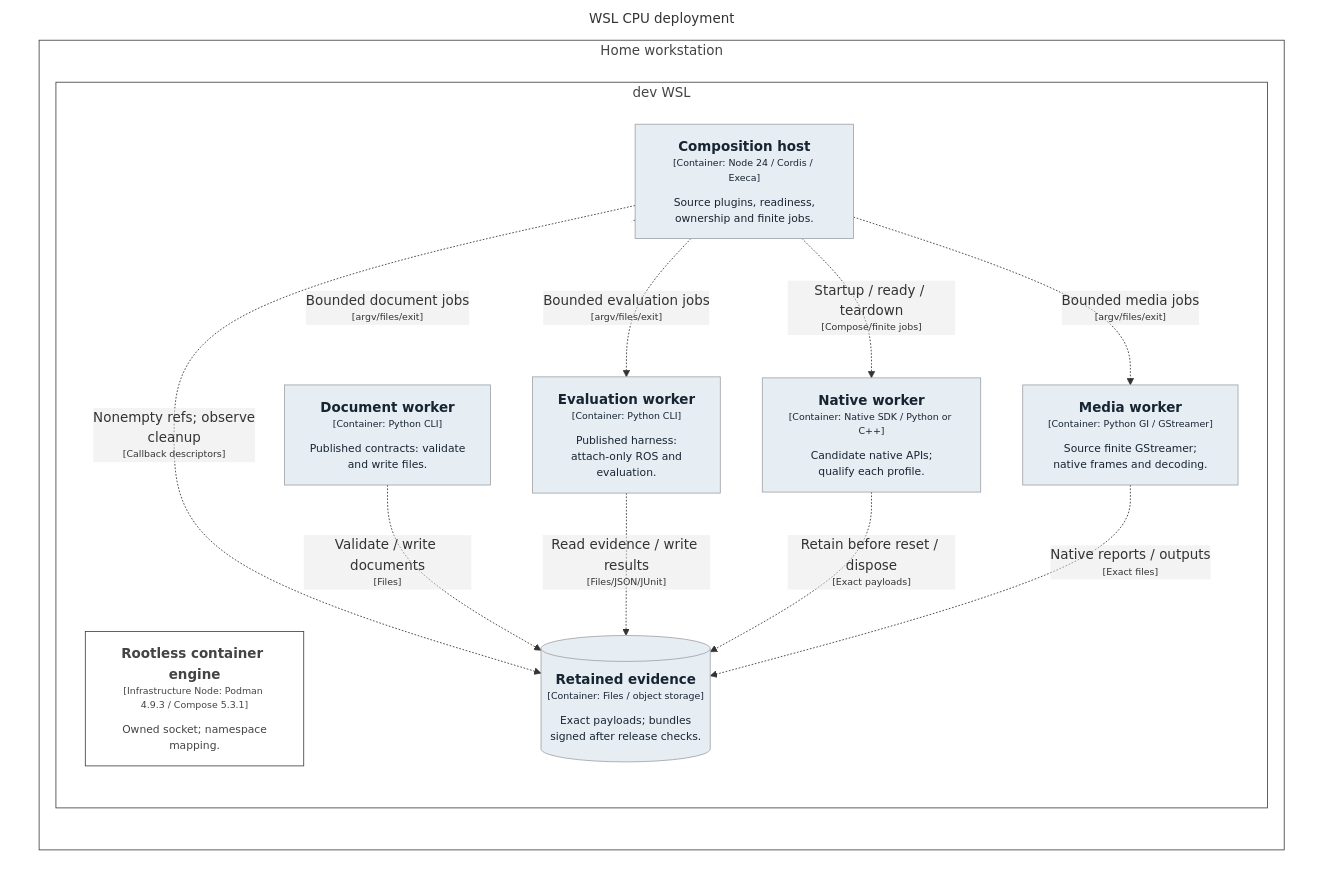
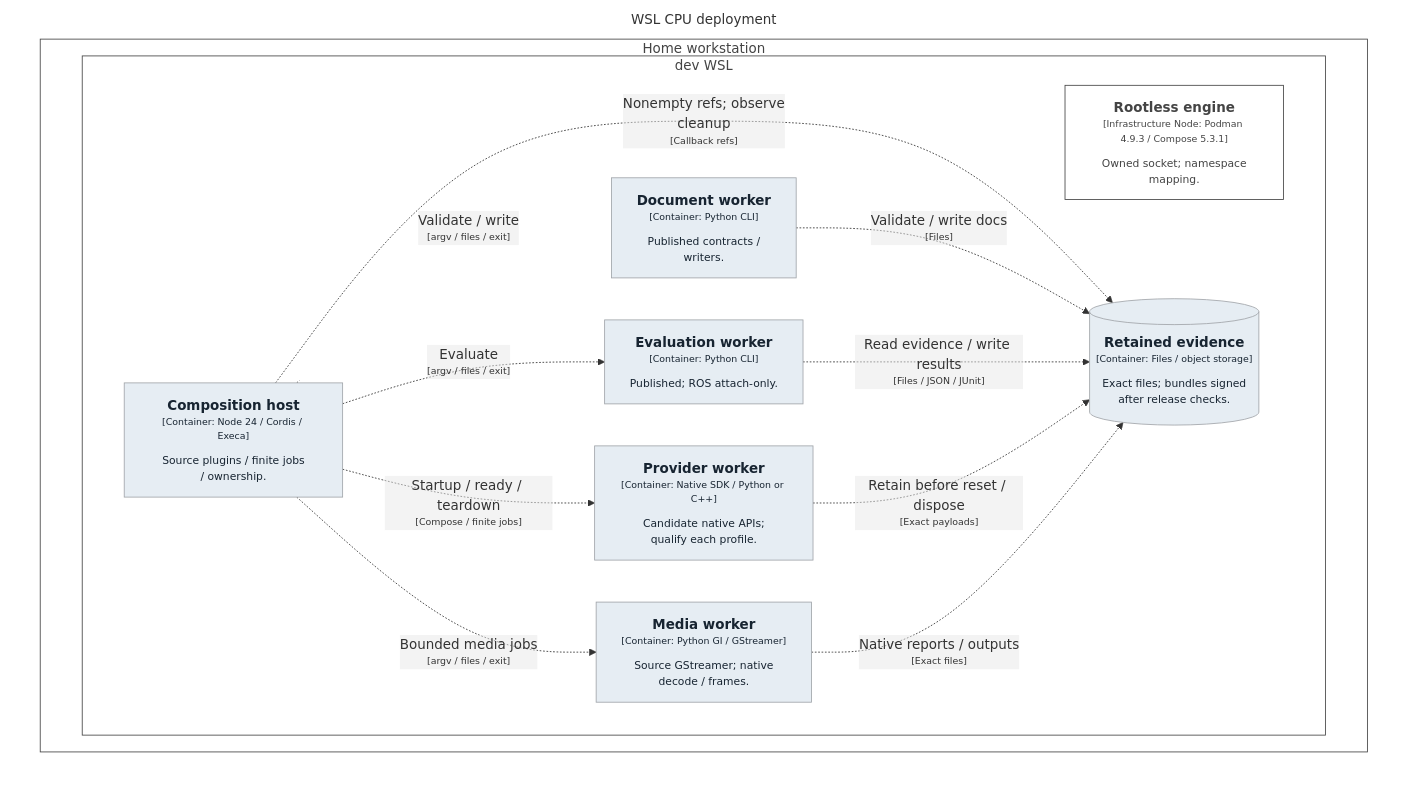
The diagram in docs/architecture/generated/structurizr-HomeDeployment.mmd (mmkolpakov/robotics-runtime), drawn with Mermaid before and after one commit. The commit also changed 11 other files, not shown here.

Commit message:
Keep architecture labels readable at README width

```diff
--- a/docs/architecture/generated/structurizr-HomeDeployment.mmd
+++ b/docs/architecture/generated/structurizr-HomeDeployment.mmd
@@ -1,41 +1,41 @@
-graph LR
+graph TB
   linkStyle default fill:#ffffff
 
   subgraph diagram ["WSL CPU deployment"]
     style diagram fill:#ffffff,stroke:#ffffff
 
     subgraph 35 ["Home workstation"]
       style 35 fill:#ffffff,stroke:#444444,color:#444444
 
       subgraph 36 ["dev WSL"]
         style 36 fill:#ffffff,stroke:#444444,color:#444444
 
-        37["<div style='font-weight: bold'>Rootless container engine</div><div style='font-size: 70%; margin-top: 0px'>[Infrastructure Node: Podman 4.9.3 / Compose 5.3.1]</div><div style='font-size: 80%; margin-top:10px'>Owned socket; namespace<br />mapping.</div>"]
+        37["<div style='font-weight: bold'>Rootless engine</div><div style='font-size: 70%; margin-top: 0px'>[Infrastructure Node: Podman 4.9.3 / Compose 5.3.1]</div><div style='font-size: 80%; margin-top:10px'>Owned socket; namespace<br />mapping.</div>"]
         style 37 fill:#ffffff,stroke:#444444,color:#444444
-        38["<div style='font-weight: bold'>Composition host</div><div style='font-size: 70%; margin-top: 0px'>[Container: Node 24 / Cordis / Execa]</div><div style='font-size: 80%; margin-top:10px'>Source plugins, readiness,<br />ownership and finite jobs.</div>"]
+        38["<div style='font-weight: bold'>Composition host</div><div style='font-size: 70%; margin-top: 0px'>[Container: Node 24 / Cordis / Execa]</div><div style='font-size: 80%; margin-top:10px'>Source plugins / finite jobs<br />/ ownership.</div>"]
         style 38 fill:#e6edf3,stroke:#a1a5aa,color:#172431
-        39["<div style='font-weight: bold'>Document worker</div><div style='font-size: 70%; margin-top: 0px'>[Container: Python CLI]</div><div style='font-size: 80%; margin-top:10px'>Published contracts: validate<br />and write files.</div>"]
+        39["<div style='font-weight: bold'>Document worker</div><div style='font-size: 70%; margin-top: 0px'>[Container: Python CLI]</div><div style='font-size: 80%; margin-top:10px'>Published contracts /<br />writers.</div>"]
         style 39 fill:#e6edf3,stroke:#a1a5aa,color:#172431
-        41["<div style='font-weight: bold'>Evaluation worker</div><div style='font-size: 70%; margin-top: 0px'>[Container: Python CLI]</div><div style='font-size: 80%; margin-top:10px'>Published harness:<br />attach-only ROS and<br />evaluation.</div>"]
+        41["<div style='font-weight: bold'>Evaluation worker</div><div style='font-size: 70%; margin-top: 0px'>[Container: Python CLI]</div><div style='font-size: 80%; margin-top:10px'>Published; ROS attach-only.</div>"]
         style 41 fill:#e6edf3,stroke:#a1a5aa,color:#172431
-        43["<div style='font-weight: bold'>Native worker</div><div style='font-size: 70%; margin-top: 0px'>[Container: Native SDK / Python or C++]</div><div style='font-size: 80%; margin-top:10px'>Candidate native APIs;<br />qualify each profile.</div>"]
+        43["<div style='font-weight: bold'>Provider worker</div><div style='font-size: 70%; margin-top: 0px'>[Container: Native SDK / Python or C++]</div><div style='font-size: 80%; margin-top:10px'>Candidate native APIs;<br />qualify each profile.</div>"]
         style 43 fill:#e6edf3,stroke:#a1a5aa,color:#172431
-        45["<div style='font-weight: bold'>Media worker</div><div style='font-size: 70%; margin-top: 0px'>[Container: Python GI / GStreamer]</div><div style='font-size: 80%; margin-top:10px'>Source finite GStreamer;<br />native frames and decoding.</div>"]
+        45["<div style='font-weight: bold'>Media worker</div><div style='font-size: 70%; margin-top: 0px'>[Container: Python GI / GStreamer]</div><div style='font-size: 80%; margin-top:10px'>Source GStreamer; native<br />decode / frames.</div>"]
         style 45 fill:#e6edf3,stroke:#a1a5aa,color:#172431
-        47[("<div style='font-weight: bold'>Retained evidence</div><div style='font-size: 70%; margin-top: 0px'>[Container: Files / object storage]</div><div style='font-size: 80%; margin-top:10px'>Exact payloads; bundles<br />signed after release checks.</div>")]
+        47[("<div style='font-weight: bold'>Retained evidence</div><div style='font-size: 70%; margin-top: 0px'>[Container: Files / object storage]</div><div style='font-size: 80%; margin-top:10px'>Exact files; bundles signed<br />after release checks.</div>")]
         style 47 fill:#e6edf3,stroke:#a1a5aa,color:#172431
       end
 
     end
 
-    38-. "<div>Bounded document jobs</div><div style='font-size: 70%'>[argv/files/exit]</div>" .->39
-    38-. "<div>Bounded evaluation jobs</div><div style='font-size: 70%'>[argv/files/exit]</div>" .->41
-    38-. "<div>Startup / ready / teardown</div><div style='font-size: 70%'>[Compose/finite jobs]</div>" .->43
-    38-. "<div>Bounded media jobs</div><div style='font-size: 70%'>[argv/files/exit]</div>" .->45
-    38-. "<div>Nonempty refs; observe<br />cleanup</div><div style='font-size: 70%'>[Callback descriptors]</div>" .->47
-    39-. "<div>Validate / write documents</div><div style='font-size: 70%'>[Files]</div>" .->47
-    41-. "<div>Read evidence / write results</div><div style='font-size: 70%'>[Files/JSON/JUnit]</div>" .->47
+    38-. "<div>Validate / write</div><div style='font-size: 70%'>[argv / files / exit]</div>" .->39
+    38-. "<div>Evaluate</div><div style='font-size: 70%'>[argv / files / exit]</div>" .->41
+    38-. "<div>Startup / ready / teardown</div><div style='font-size: 70%'>[Compose / finite jobs]</div>" .->43
+    38-. "<div>Bounded media jobs</div><div style='font-size: 70%'>[argv / files / exit]</div>" .->45
+    38-. "<div>Nonempty refs; observe<br />cleanup</div><div style='font-size: 70%'>[Callback refs]</div>" .->47
+    39-. "<div>Validate / write docs</div><div style='font-size: 70%'>[Files]</div>" .->47
+    41-. "<div>Read evidence / write results</div><div style='font-size: 70%'>[Files / JSON / JUnit]</div>" .->47
     43-. "<div>Retain before reset / dispose</div><div style='font-size: 70%'>[Exact payloads]</div>" .->47
     45-. "<div>Native reports / outputs</div><div style='font-size: 70%'>[Exact files]</div>" .->47
 
   end
```
